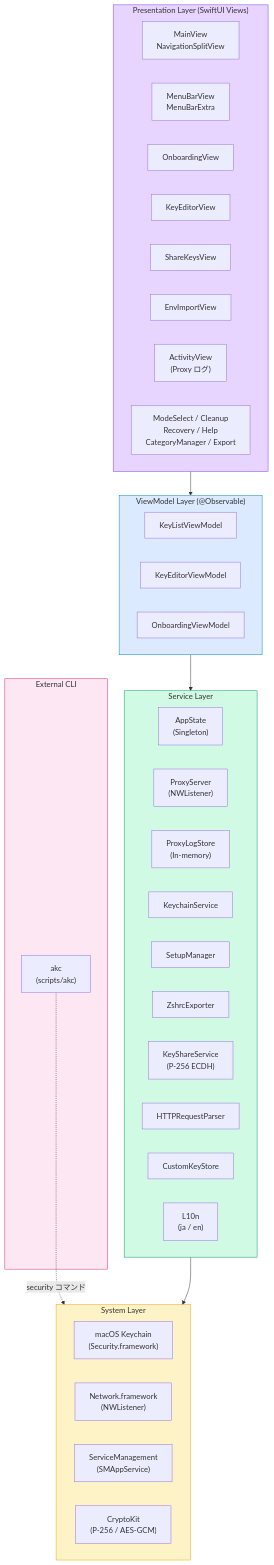
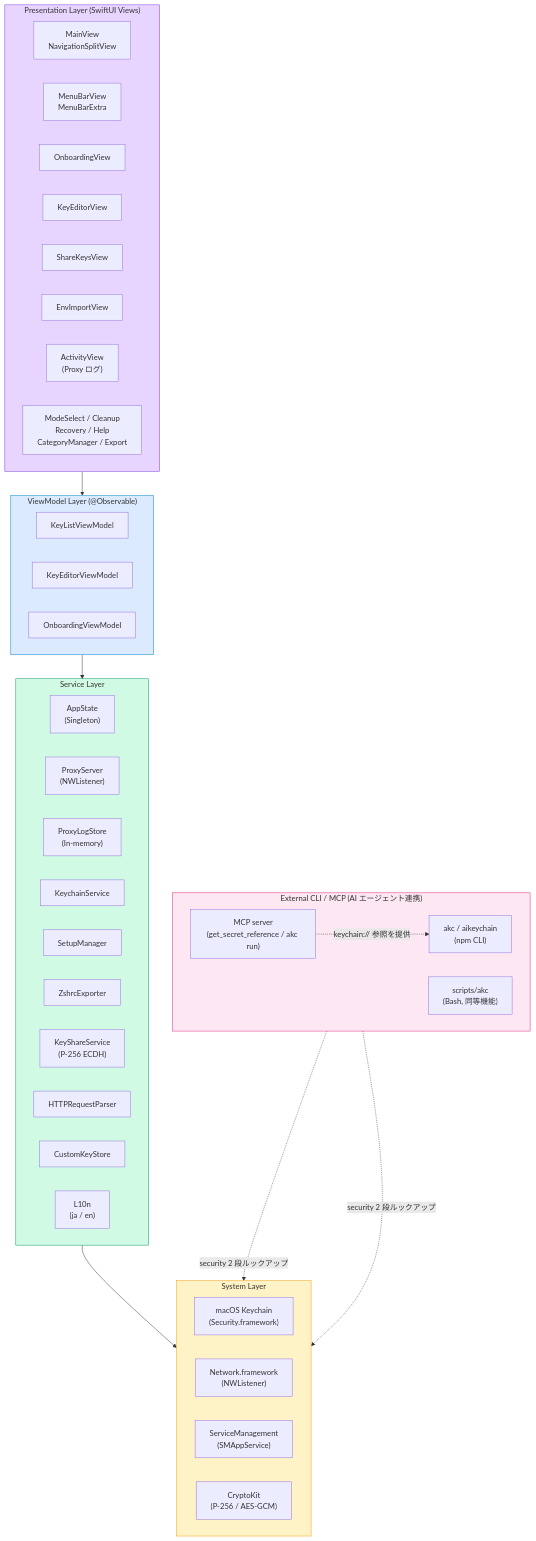
One commit to aieo-product/AIkeychain changed the first of 6 diagrams in docs/design/architecture.md. Above: the diagram before and after it, drawn with Mermaid. The commit also changed other lines of this file, not shown here.

First line of the commit message:
docs(design): キー解決フローを最新化(2段ルックアップ/npm CLI/MCP) (#156)

````diff
--- a/docs/design/architecture.md
+++ b/docs/design/architecture.md
@@ -5,58 +5,63 @@
 ```mermaid
 graph TB
     subgraph Presentation["Presentation Layer (SwiftUI Views)"]
         direction LR
         MainView["MainView<br/>NavigationSplitView"]
         MenuBarView["MenuBarView<br/>MenuBarExtra"]
         OnboardingView["OnboardingView"]
         EditorView["KeyEditorView"]
         ShareKeysView["ShareKeysView"]
         EnvImportView["EnvImportView"]
         ActivityView["ActivityView<br/>(Proxy ログ)"]
         OtherViews["ModeSelect / Cleanup<br/>Recovery / Help<br/>CategoryManager / Export"]
     end
 
     subgraph ViewModel["ViewModel Layer (@Observable)"]
         direction LR
         KeyListVM["KeyListViewModel"]
         KeyEditorVM["KeyEditorViewModel"]
         OnboardingVM["OnboardingViewModel"]
     end
 
     subgraph Service["Service Layer"]
         direction LR
         AppState["AppState<br/>(Singleton)"]
         ProxyServer["ProxyServer<br/>(NWListener)"]
         ProxyLogStore["ProxyLogStore<br/>(In-memory)"]
         KeychainSvc["KeychainService"]
         SetupMgr["SetupManager"]
         ZshrcExp["ZshrcExporter"]
         KeyShareSvc["KeyShareService<br/>(P-256 ECDH)"]
         HTTPParser["HTTPRequestParser"]
         CustomStore["CustomKeyStore"]
         L10n["L10n<br/>(ja / en)"]
     end
 
     subgraph System["System Layer"]
         direction LR
         Keychain["macOS Keychain<br/>(Security.framework)"]
         Network["Network.framework<br/>(NWListener)"]
         ServiceMgmt["ServiceManagement<br/>(SMAppService)"]
         CryptoKit["CryptoKit<br/>(P-256 / AES-GCM)"]
     end
 
-    subgraph CLI["External CLI"]
-        Akc["akc<br/>(scripts/akc)"]
+    subgraph CLI["External CLI / MCP (AI エージェント連携)"]
+        direction LR
+        Akc["akc / aikeychain<br/>(npm CLI)"]
+        Mcp["MCP server<br/>(get_secret_reference / akc run)"]
+        AkcSh["scripts/akc<br/>(Bash, 同等機能)"]
     end
 
     Presentation --> ViewModel
     ViewModel --> Service
     Service --> System
-    Akc -.->|security コマンド| Keychain
+    Mcp -.->|keychain:// 参照を提供| Akc
+    Akc -.->|security 2 段ルックアップ| Keychain
+    AkcSh -.->|security 2 段ルックアップ| Keychain
 
     style Presentation fill:#E8D5FF,stroke:#7C3AED
     style ViewModel fill:#DBEAFE,stroke:#0284C7
     style Service fill:#D1FAE5,stroke:#059669
     style System fill:#FEF3C7,stroke:#F59E0B
     style CLI fill:#FCE7F3,stroke:#DB2777
 ```
````
